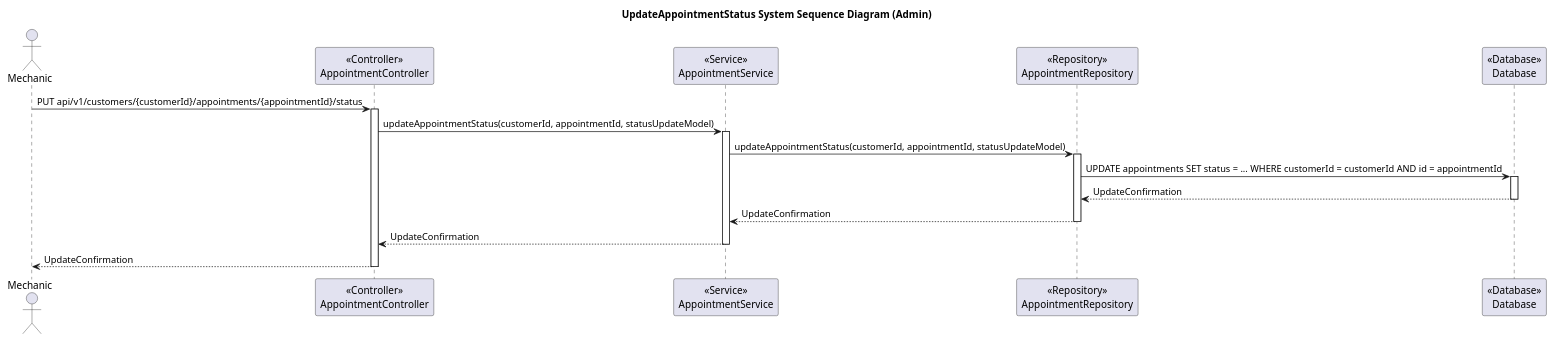
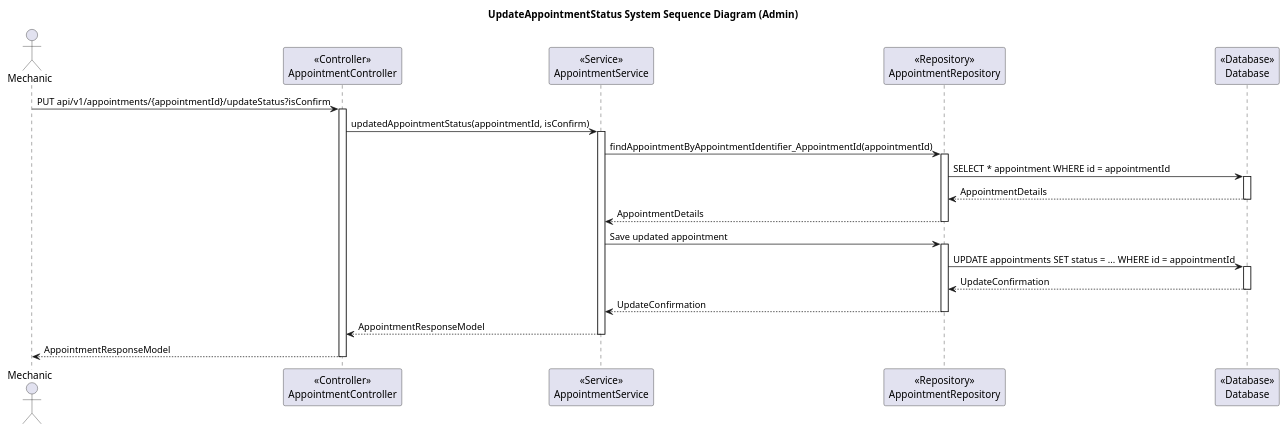
One commit to Iantomasi/ateliermecanique-ws changed the diagram in diagrams/1-mechanic/Appointments/UpdateAppointmentStatus/1-UpdateAppointmentStatusSystemSequenceDiagram.puml. Above: the diagram before and after it, drawn with PlantUML. The commit also changed 5 other files, not shown here.

```diff
--- a/diagrams/1-mechanic/Appointments/UpdateAppointmentStatus/1-UpdateAppointmentStatusSystemSequenceDiagram.puml
+++ b/diagrams/1-mechanic/Appointments/UpdateAppointmentStatus/1-UpdateAppointmentStatusSystemSequenceDiagram.puml
@@ -1,34 +1,46 @@
 @startuml
 title UpdateAppointmentStatus System Sequence Diagram (Admin)
 
 actor Mechanic
 
 participant AppointmentController as "<<Controller>>\nAppointmentController"
 participant AppointmentService as "<<Service>>\nAppointmentService"
 participant AppointmentRepository as "<<Repository>>\nAppointmentRepository"
 participant Database as "<<Database>>\nDatabase"
 
-Mechanic -> AppointmentController: PUT api/v1/customers/{customerId}/appointments/{appointmentId}/status
+Mechanic -> AppointmentController: PUT api/v1/appointments/{appointmentId}/updateStatus?isConfirm
 activate AppointmentController
 
-AppointmentController -> AppointmentService: updateAppointmentStatus(customerId, appointmentId, statusUpdateModel)
+AppointmentController -> AppointmentService: updatedAppointmentStatus(appointmentId, isConfirm)
 activate AppointmentService
 
-AppointmentService -> AppointmentRepository: updateAppointmentStatus(customerId, appointmentId, statusUpdateModel)
+AppointmentService -> AppointmentRepository: findAppointmentByAppointmentIdentifier_AppointmentId(appointmentId)
 activate AppointmentRepository
 
-AppointmentRepository -> Database: UPDATE appointments SET status = ... WHERE customerId = customerId AND id = appointmentId
+AppointmentRepository -> Database: SELECT * appointment WHERE id = appointmentId
+activate Database
+
+Database --> AppointmentRepository: AppointmentDetails
+deactivate Database
+
+AppointmentRepository --> AppointmentService: AppointmentDetails
+deactivate AppointmentRepository
+
+AppointmentService -> AppointmentRepository: Save updated appointment
+activate AppointmentRepository
+
+AppointmentRepository -> Database: UPDATE appointments SET status = ... WHERE id = appointmentId
 activate Database
 
 Database --> AppointmentRepository: UpdateConfirmation
 deactivate Database
 
 AppointmentRepository --> AppointmentService: UpdateConfirmation
 deactivate AppointmentRepository
 
-AppointmentService --> AppointmentController: UpdateConfirmation
+AppointmentService --> AppointmentController: AppointmentResponseModel
 deactivate AppointmentService
 
-AppointmentController --> Mechanic: UpdateConfirmation
+AppointmentController --> Mechanic: AppointmentResponseModel
 deactivate AppointmentController
 @enduml
```
